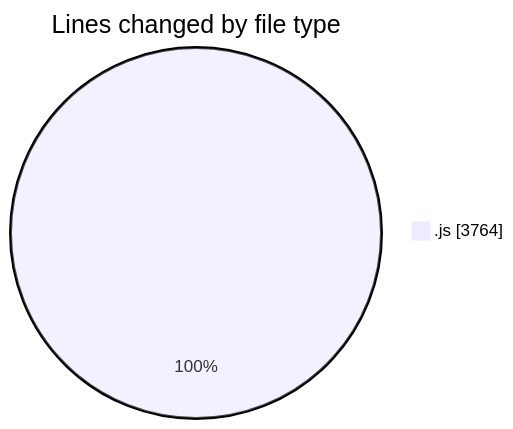
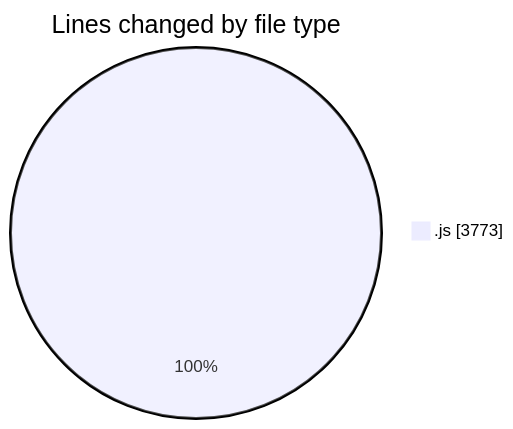
The first of 2 diagrams in 2025-12-12/nxtqube_webapp/README.md (nxtqubesakshisongat/code-tracking), drawn with Mermaid before and after one commit. The commit also changed other lines of this file and 1 other file, not shown here.

````diff
--- a/2025-12-12/nxtqube_webapp/README.md
+++ b/2025-12-12/nxtqube_webapp/README.md
@@ -21,5 +21,5 @@
 ```mermaid
 pie showData
 title Lines changed by file type
-".js" : 3764
+".js" : 3773
 ```
````
